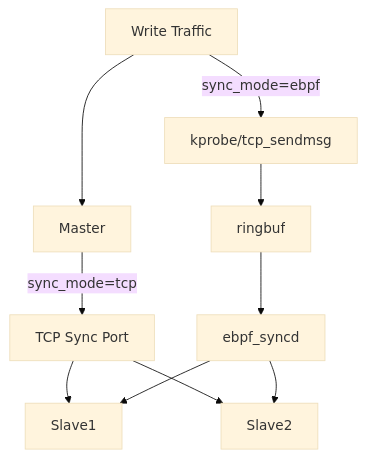
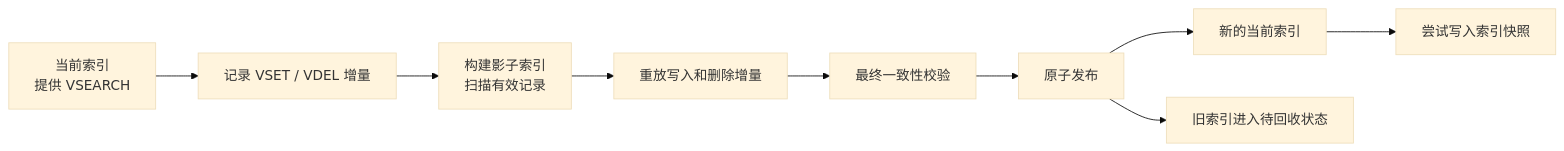
Before and after one commit to 208822032/Roven: the second of 3 diagrams in README.md, drawn with Mermaid (base theme). The commit also changed other lines of this file and 14 other files, not shown here.

````diff
--- a/README.md
+++ b/README.md
@@ -106,13 +223,11 @@
 ```mermaid
-flowchart TD
-    W[Write Traffic] --> M[Master]
-    M -->|sync_mode=tcp| ST[TCP Sync Port]
-    ST --> S1[Slave1]
-    ST --> S2[Slave2]
-
-    W -->|sync_mode=ebpf| K[kprobe/tcp_sendmsg]
-    K --> R[ringbuf]
-    R --> D[ebpf_syncd]
-    D --> S1
-    D --> S2
+flowchart LR
+    A[当前索引<br/>提供 VSEARCH] --> CAP[记录 VSET / VDEL 增量]
+    CAP --> S[构建影子索引<br/>扫描有效记录]
+    S --> R[重放写入和删除增量]
+    R --> V[最终一致性校验]
+    V --> P[原子发布]
+    P --> N[新的当前索引]
+    P --> T[旧索引进入待回收状态]
+    N --> W[尝试写入索引快照]
 ```
````
